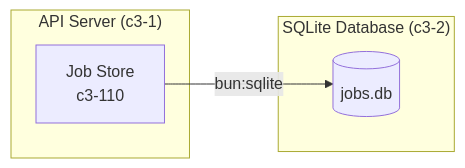
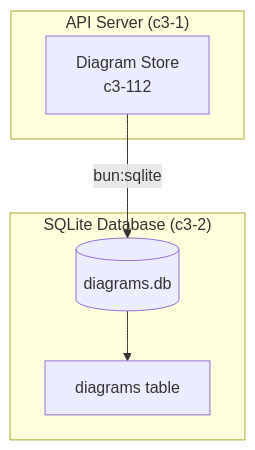
One commit to lagz0ne/diashort changed the first of 2 diagrams in .c3/c3-2-sqlite-db/README.md. Above: the diagram before and after it, drawn with Mermaid. The commit also changed other lines of this file and 74 other files, not shown here.

First line of the commit message:
feat: migrate to client-side Mermaid + server-side D2 rendering

````diff
--- a/.c3/c3-2-sqlite-db/README.md
+++ b/.c3/c3-2-sqlite-db/README.md
@@ -98,12 +18,14 @@
 ```mermaid
-flowchart LR
-    subgraph c3-1["API Server (c3-1)"]
-        JobStore["Job Store<br/>c3-110"]
+flowchart TB
+    subgraph API["API Server (c3-1)"]
+        DiagramStore["Diagram Store<br/>c3-112"]
     end
 
-    subgraph c3-2["SQLite Database (c3-2)"]
-        DB[(jobs.db)]
+    subgraph SQLite["SQLite Database (c3-2)"]
+        DB[("diagrams.db")]
+        Diagrams["diagrams table"]
     end
 
-    JobStore -->|bun:sqlite| DB
+    DiagramStore -->|"bun:sqlite"| DB
+    DB --> Diagrams
 ```
````
